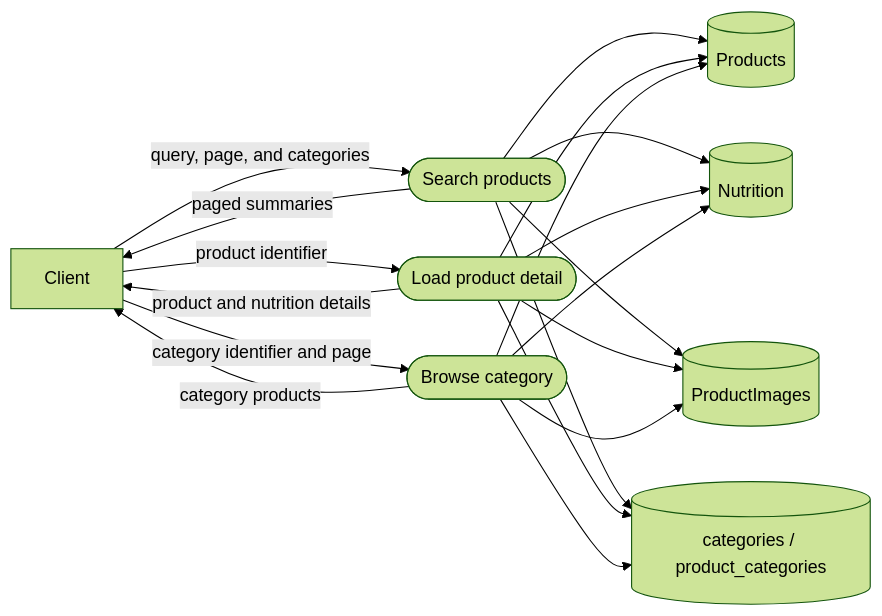
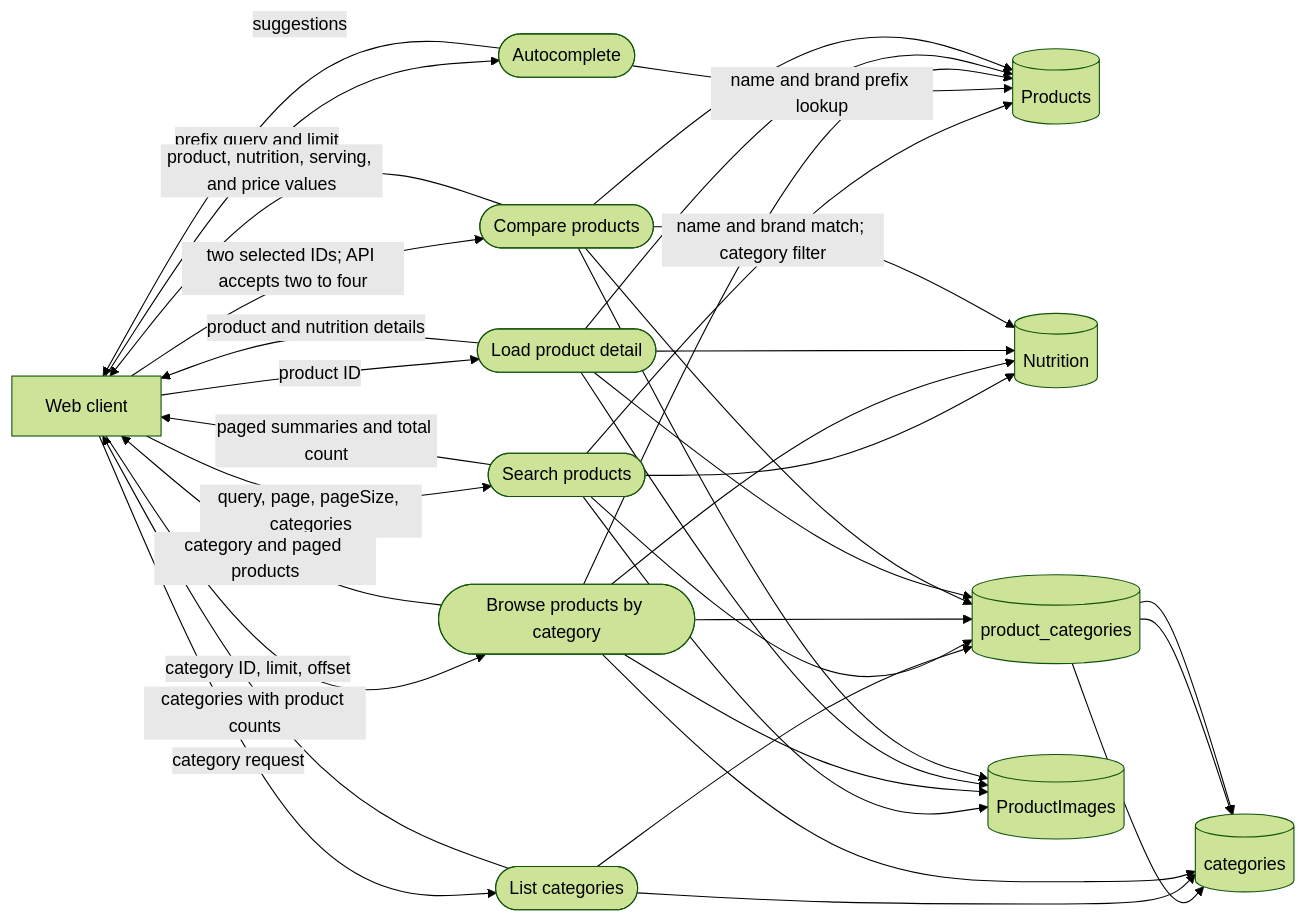
The second of 4 diagrams in docs/software-design/dfd-level-2.md (Nutrascore/nutrascore), drawn with Mermaid (forest theme) before and after one commit. The commit also changed other lines of this file and 6 other files, not shown here.

````diff
--- a/docs/software-design/dfd-level-2.md
+++ b/docs/software-design/dfd-level-2.md
@@ -27,23 +34,55 @@
 ```mermaid
 flowchart LR
-    C[Client] -->|query, page, and categories| Q(["Search products"])
-    Q --> P[(Products)]
-    Q --> N[(Nutrition)]
-    Q --> I[(ProductImages)]
-    Q --> K[(categories / product_categories)]
-    Q -->|paged summaries| C
+    C[Web client]
+    SEARCH(["Search products"])
+    AUTO(["Autocomplete"])
+    CATLIST(["List categories"])
+    CATPROD(["Browse products by category"])
+    DETAIL(["Load product detail"])
+    COMPARE(["Compare products"])
+    P[(Products)]
+    N[(Nutrition)]
+    CATS[(categories)]
+    PC[(product_categories)]
+    I[(ProductImages)]
 
-    C -->|product identifier| D(["Load product detail"])
-    D --> P
-    D --> N
-    D --> I
-    D --> K
-    D -->|product and nutrition details| C
+    C -->|query, page, pageSize, categories| SEARCH
+    SEARCH -->|name and brand match; category filter| P
+    SEARCH --> N
+    SEARCH --> I
+    SEARCH --> PC
+    PC --> CATS
+    SEARCH -->|paged summaries and total count| C
 
-    C -->|category identifier and page| B(["Browse category"])
-    B --> K
-    B --> P
-    B --> N
-    B --> I
-    B -->|category products| C
+    C -->|prefix query and limit| AUTO
+    AUTO -->|name and brand prefix lookup| P
+    AUTO -->|suggestions| C
+
+    C -->|category request| CATLIST
+    CATLIST --> CATS
+    CATLIST --> PC
+    CATLIST -->|categories with product counts| C
+    C -->|category ID, limit, offset| CATPROD
+    CATPROD --> CATS
+    CATPROD --> PC
+    CATPROD --> P
+    CATPROD --> N
+    CATPROD --> I
+    CATPROD -->|category and paged products| C
+
+    C -->|product ID| DETAIL
+    DETAIL --> P
+    DETAIL --> N
+    DETAIL --> PC
+    PC --> CATS
+    DETAIL --> I
+    DETAIL -->|product and nutrition details| C
+
+    C -->|two selected IDs; API accepts two to four| COMPARE
+    COMPARE --> P
+    COMPARE --> N
+    COMPARE --> PC
+    PC --> CATS
+    COMPARE --> I
+    COMPARE -->|product, nutrition, serving, and price values| C
 ```
````
